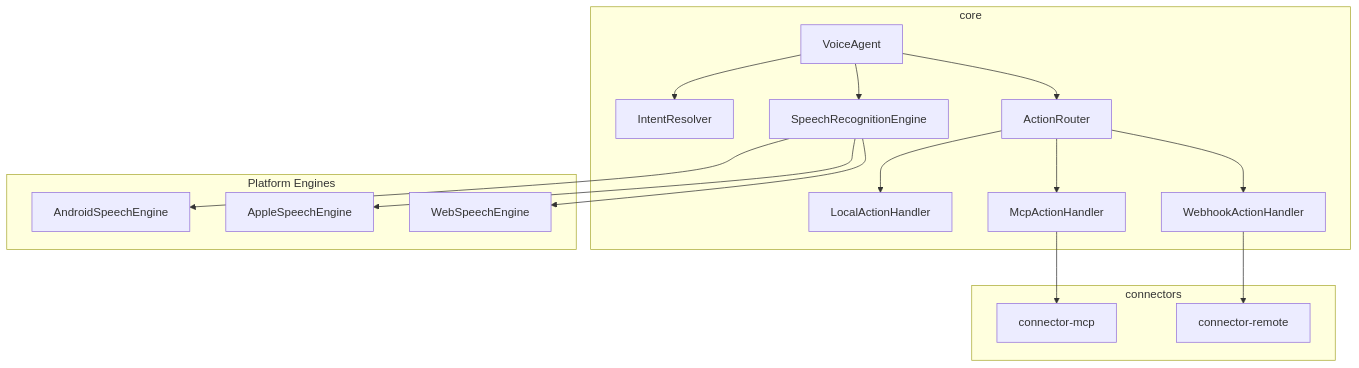
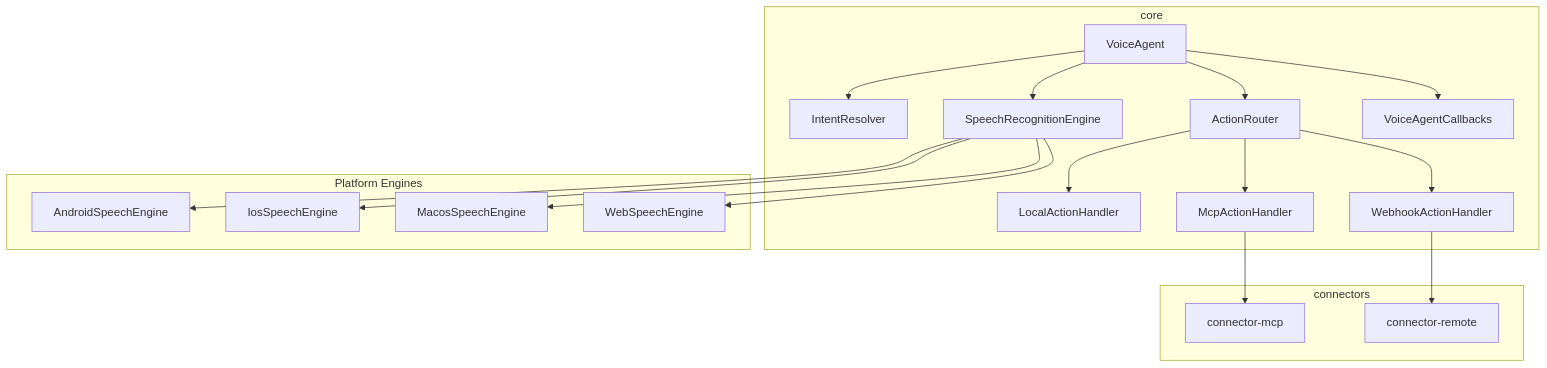
One commit to alimomin1998/v8v changed the first of 2 diagrams in README.md. Above: the diagram before and after it, drawn with Mermaid. The commit also changed other lines of this file and 44 other files, not shown here.

````diff
--- a/README.md
+++ b/README.md
@@ -47,22 +47,24 @@
 ```mermaid
 graph TD
     subgraph core
         VA[VoiceAgent] --> IR[IntentResolver]
         VA --> AR[ActionRouter]
         VA --> SE[SpeechRecognitionEngine]
+        VA --> CB[VoiceAgentCallbacks]
         AR --> LH[LocalActionHandler]
         AR --> MH[McpActionHandler]
         AR --> WH[WebhookActionHandler]
     end
 
     subgraph engines ["Platform Engines"]
-        SE --> Android[AndroidSpeechEngine]
-        SE --> Apple[AppleSpeechEngine]
-        SE --> Web[WebSpeechEngine]
+        SE --> AndroidEng[AndroidSpeechEngine]
+        SE --> IosEng[IosSpeechEngine]
+        SE --> MacosEng[MacosSpeechEngine]
+        SE --> WebEng[WebSpeechEngine]
     end
 
     subgraph connectors
         MH --> MCP[connector-mcp]
         WH --> Remote[connector-remote]
     end
 ```
````
